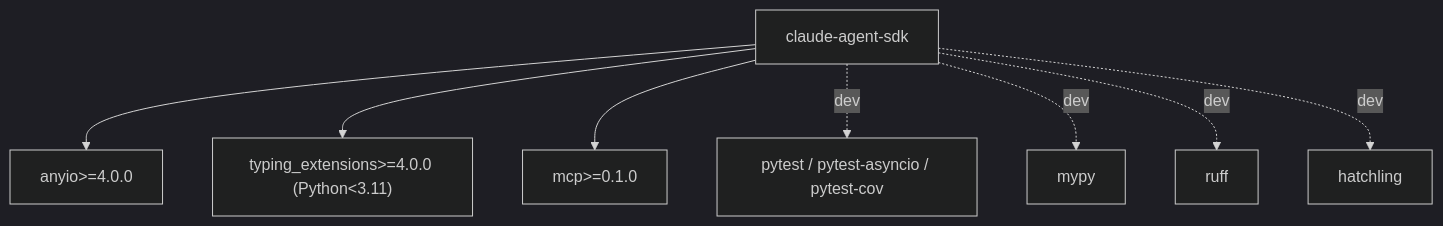
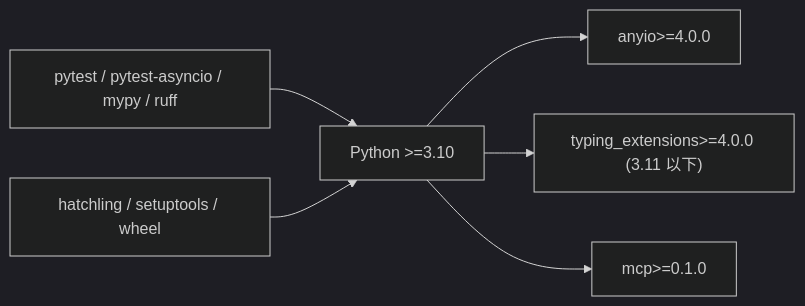
The sixth of 6 diagrams in .qoder/repowiki/zh/content/项目概述.md (defulat-coder/claude-agent-sdk-python), drawn with Mermaid (dark theme) before and after one commit. The commit also changed other lines of this file and 85 other files, not shown here.

````diff
--- a/.qoder/repowiki/zh/content/项目概述.md
+++ b/.qoder/repowiki/zh/content/项目概述.md
@@ -371,10 +318,14 @@
 ```mermaid
-graph TB
-SDK["claude-agent-sdk"] --> ANYIO["anyio>=4.0.0"]
-SDK --> TE["typing_extensions>=4.0.0 (Python<3.11)"]
-SDK --> MCP["mcp>=0.1.0"]
-SDK -.dev.-> PYTEST["pytest / pytest-asyncio / pytest-cov"]
-SDK -.dev.-> MYPY["mypy"]
-SDK -.dev.-> RUFF["ruff"]
-SDK -.dev.-> HATCH["hatchling"]
+graph LR
+PY["Python >=3.10"]
+ANYIO["anyio>=4.0.0"]
+TYP["typing_extensions>=4.0.0 (3.11 以下)"]
+MCP["mcp>=0.1.0"]
+TEST["pytest / pytest-asyncio / mypy / ruff"]
+BUILD["hatchling / setuptools / wheel"]
+PY --> ANYIO
+PY --> TYP
+PY --> MCP
+TEST --> PY
+BUILD --> PY
 ```
````
